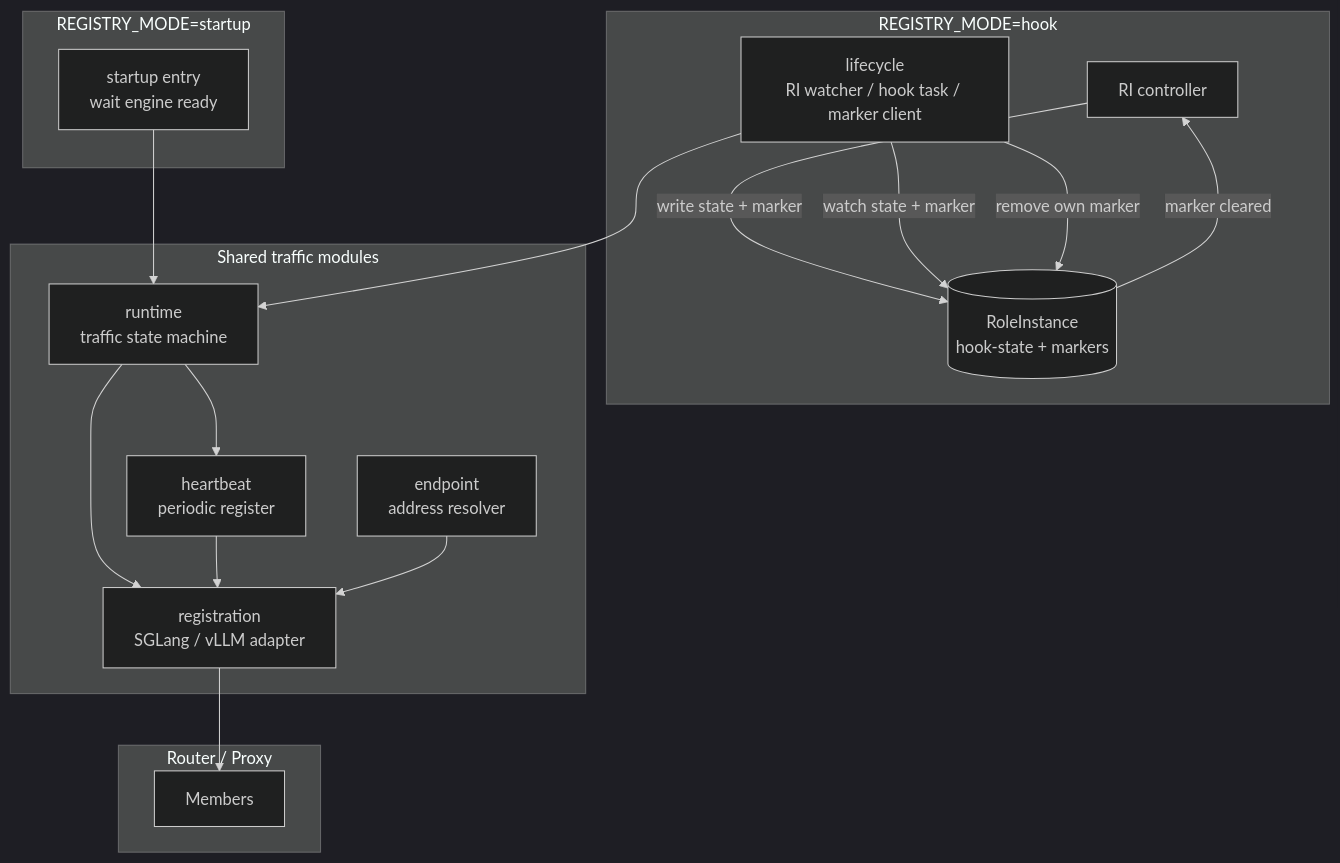
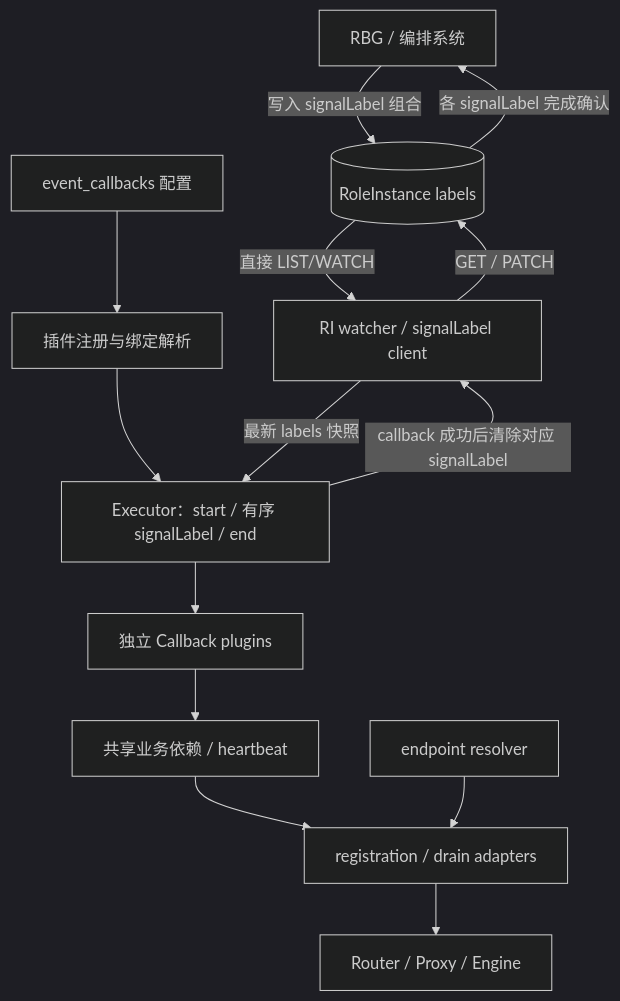
The first of 2 diagrams in proposals/14-roleinstance-lifecycle-hook-executor/README.zh-CN.md (diw-zw/inference-engine-runtime), drawn with Mermaid (dark theme) before and after one commit. The commit also changed other lines of this file and 2 other files, not shown here.

Commit message:
docs: refine RoleInstance callback executor proposal

````diff
--- a/proposals/14-roleinstance-lifecycle-hook-executor/README.zh-CN.md
+++ b/proposals/14-roleinstance-lifecycle-hook-executor/README.zh-CN.md
@@ -135,35 +142,16 @@
 ```mermaid
 flowchart TB
-    subgraph Startup["REGISTRY_MODE=startup"]
-        S["startup entry\nwait engine ready"]
-    end
-
-    subgraph Hook["REGISTRY_MODE=hook"]
-        C["RI controller"]
-        R[("RoleInstance\nhook-state + markers")]
-        L["lifecycle\nRI watcher / hook task / marker client"]
-    end
-
-    subgraph Shared["Shared traffic modules"]
-        T["runtime\ntraffic state machine"]
-        H["heartbeat\nperiodic register"]
-        A["registration\nSGLang / vLLM adapter"]
-        E["endpoint\naddress resolver"]
-    end
-
-    subgraph Upstream["Router / Proxy"]
-        U["Members"]
-    end
-
-    S --> T
-    C -->|write state + marker| R
-    L -->|watch state + marker| R
-    L -->|remove own marker| R
-    R -->|marker cleared| C
-    L --> T
-    T --> H
-    T --> A
-    H --> A
-    E --> A
-    A --> U
+    C["RBG / 编排系统"] -->|写入 signalLabel 组合| R[("RoleInstance labels")]
+    F["event_callbacks 配置"] --> B["插件注册与绑定解析"]
+    B --> X["Executor：start / 有序 signalLabel / end"]
+    R -->|直接 LIST/WATCH| W["RI watcher / signalLabel client"]
+    W -->|最新 labels 快照| X
+    X -->|callback 成功后清除对应 signalLabel| W
+    W -->|GET / PATCH| R
+    R -->|各 signalLabel 完成确认| C
+    X --> P["独立 Callback plugins"]
+    P --> T["共享业务依赖 / heartbeat"]
+    T --> A["registration / drain adapters"]
+    E["endpoint resolver"] --> A
+    A --> U["Router / Proxy / Engine"]
 ```
````
